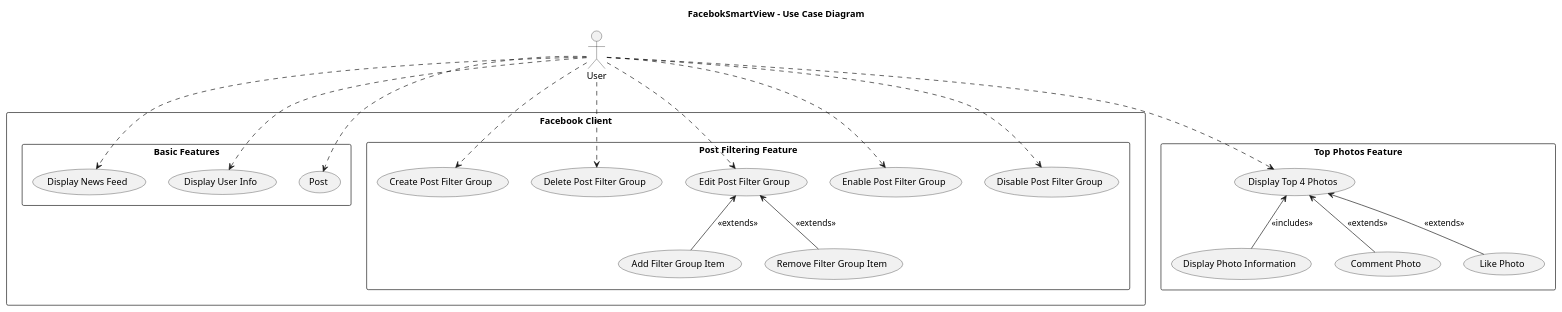
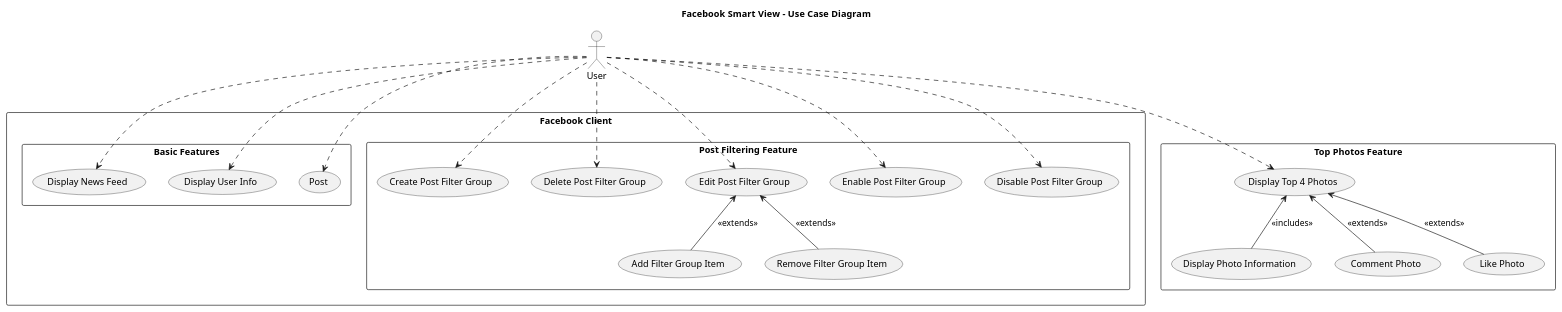
The diagram in DesignFiles/UseCaseDiagram.plantuml (danielklein45/B16_Ex01), drawn with PlantUML before and after one commit. The commit also changed 4 other files, not shown here.

Commit message:
Added the doc explanation. changed all Uml's with the same title

```diff
--- a/DesignFiles/UseCaseDiagram.plantuml
+++ b/DesignFiles/UseCaseDiagram.plantuml
@@ -1,56 +1,56 @@
 @startuml
 
-title "FacebokSmartView - Use Case Diagram"
+title Facebook Smart View  - Use Case Diagram
 
 :User: 
 
 rectangle "Facebook Client"{
     rectangle "Basic Features"{
    }
    rectangle "Post Filtering Feature"{
    }
 }
 
 rectangle "Basic Features" {
     (Display News Feed)
     (Display User Info)
     (Post)
 }
 
 rectangle "Post Filtering Feature" {
     (Create Post Filter Group)
     (Delete Post Filter Group)
     (Edit Post Filter Group)
     (Add Filter Group Item)
     (Remove Filter Group Item)
     (Enable Post Filter Group)
     (Disable Post Filter Group)
 }
 
 rectangle "Top Photos Feature" {
     (Display Top 4 Photos)
     (Display Photo Information)
     (Comment Photo)
     (Like Photo)
 }
 
 User ..> (Create Post Filter Group)
 User ..> (Delete Post Filter Group)
 User ..> (Edit Post Filter Group)
 User ..> (Enable Post Filter Group)
 User ..> (Disable Post Filter Group)
 User ..> (Display Top 4 Photos)
 
 (Edit Post Filter Group) <-- (Add Filter Group Item): <<extends>>
 (Edit Post Filter Group) <-- (Remove Filter Group Item): <<extends>>
 
 (Display Top 4 Photos) <-- (Comment Photo): <<extends>>
 (Display Top 4 Photos) <-- (Display Photo Information): <<includes>>
 (Display Top 4 Photos) <-- (Like Photo): <<extends>>
 
 User ..> (Post)
 User ..> (Display News Feed)
 User ..> (Display User Info)
 
 
 @enduml
```
